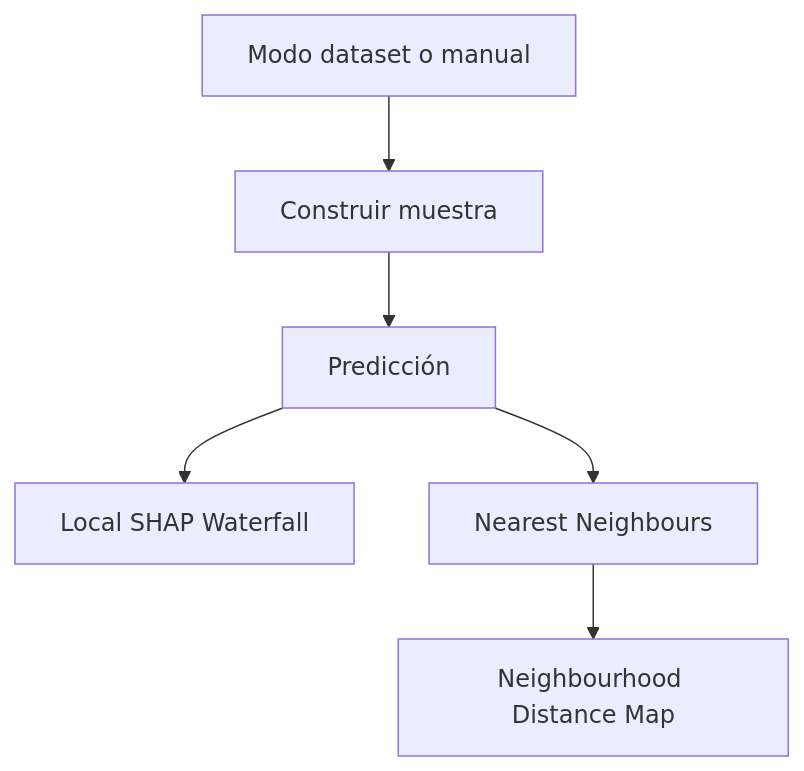
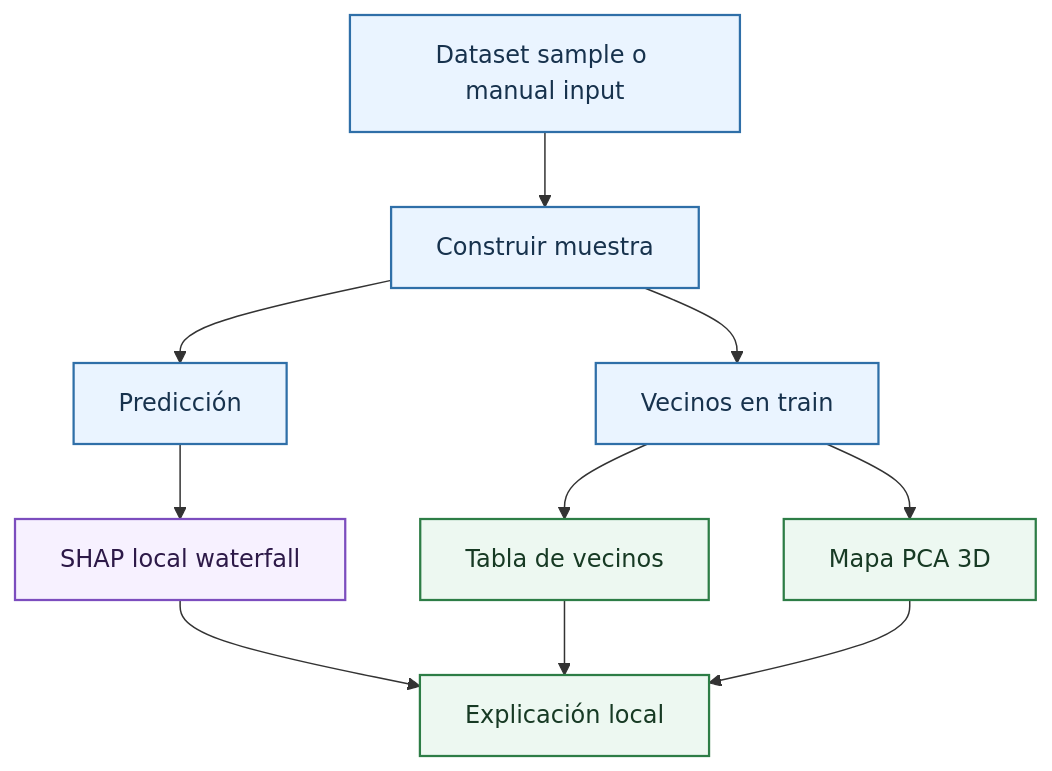
The diagram in doc/docs/dashboard/sample-explainability.md (epiblasfunds/options-pricing), drawn with Mermaid before and after one commit. The commit also changed other lines of this file and 104 other files, not shown here.

````diff
--- a/doc/docs/dashboard/sample-explainability.md
+++ b/doc/docs/dashboard/sample-explainability.md
@@ -5,8 +10,18 @@
 ```mermaid
 flowchart TD
-    A[Modo dataset o manual] --> B[Construir muestra]
+    A[Dataset sample o manual input] --> B[Construir muestra]
     B --> C[Predicción]
-    C --> D[Local SHAP Waterfall]
-    C --> E[Nearest Neighbours]
-    E --> F[Neighbourhood Distance Map]
+    C --> D[SHAP local waterfall]
+    B --> E[Vecinos en train]
+    E --> F[Tabla de vecinos]
+    E --> G[Mapa PCA 3D]
+    D --> H[Explicación local]
+    F --> H
+    G --> H
+    classDef data fill:#eaf4ff,stroke:#2f6fa8,stroke-width:1.5px,color:#17324d;
+    classDef method fill:#f7f1ff,stroke:#7c4dbe,stroke-width:1.5px,color:#2d1948;
+    classDef plot fill:#edf8f1,stroke:#2d7d46,stroke-width:1.5px,color:#173a24;
+    class A,B,C,E data;
+    class D method;
+    class F,G,H plot;
 ```
````
